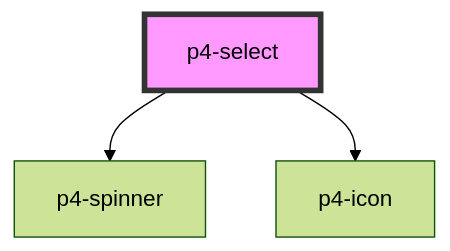
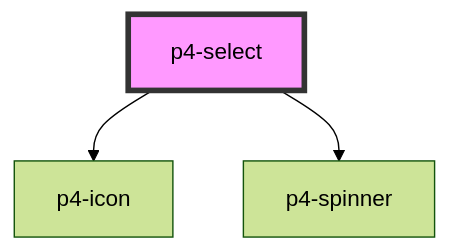
The diagram in src/components/p4-select/readme.md (goatui/components), drawn with Mermaid (forest theme) before and after one commit. The commit also changed other lines of this file and 93 other files, not shown here.

````diff
--- a/src/components/p4-select/readme.md
+++ b/src/components/p4-select/readme.md
@@ -70,6 +72,6 @@
 ```mermaid
 graph TD;
+  p4-select --> p4-icon
   p4-select --> p4-spinner
-  p4-select --> p4-icon
   style p4-select fill:#f9f,stroke:#333,stroke-width:4px
 ```
````
